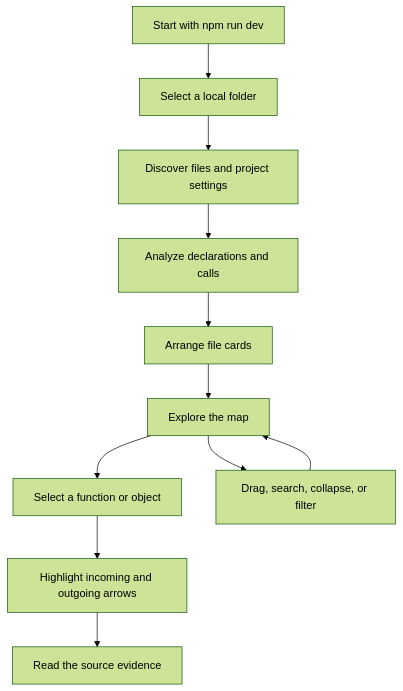
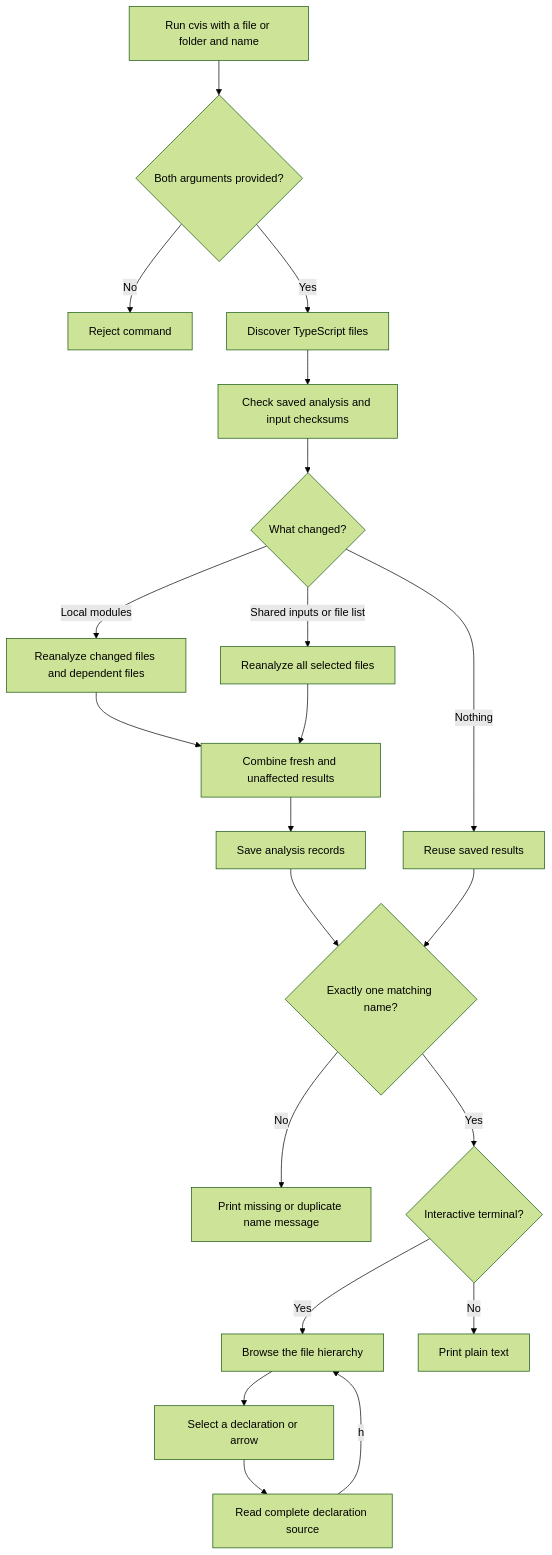
The diagram in docs/design/code-visualizer.md (chaidhat/code-visualizer), drawn with Mermaid (forest theme) before and after one commit. The commit also changed other lines of this file and 63 other files, not shown here.

````diff
--- a/docs/design/code-visualizer.md
+++ b/docs/design/code-visualizer.md
@@ -37,13 +17,23 @@
 ```mermaid
 flowchart TD
-    A[Start with npm run dev] --> B[Select a local folder]
-    B --> C[Discover files and project settings]
-    C --> D[Analyze declarations and calls]
-    D --> E[Arrange file cards]
-    E --> F[Explore the map]
-    F --> G[Select a function or object]
-    G --> H[Highlight incoming and outgoing arrows]
-    H --> I[Read the source evidence]
-    F --> J[Drag, search, collapse, or filter]
-    J --> F
+    A[Run cvis with a file or folder and name] --> N{Both arguments provided?}
+    N -->|No| X[Reject command]
+    N -->|Yes| B[Discover TypeScript files]
+    B --> C[Check saved analysis and input checksums]
+    C --> D{What changed?}
+    D -->|Nothing| R[Reuse saved results]
+    D -->|Local modules| S[Reanalyze changed files and dependent files]
+    D -->|Shared inputs or file list| T[Reanalyze all selected files]
+    S --> U[Combine fresh and unaffected results]
+    T --> U
+    U --> V[Save analysis records]
+    V --> M{Exactly one matching name?}
+    R --> M
+    M -->|No| Y[Print missing or duplicate name message]
+    M -->|Yes| E{Interactive terminal?}
+    E -->|Yes| F[Browse the file hierarchy]
+    E -->|No| G[Print plain text]
+    F --> H[Select a declaration or arrow]
+    H --> I[Read complete declaration source]
+    I -->|h| F
 ```
````
